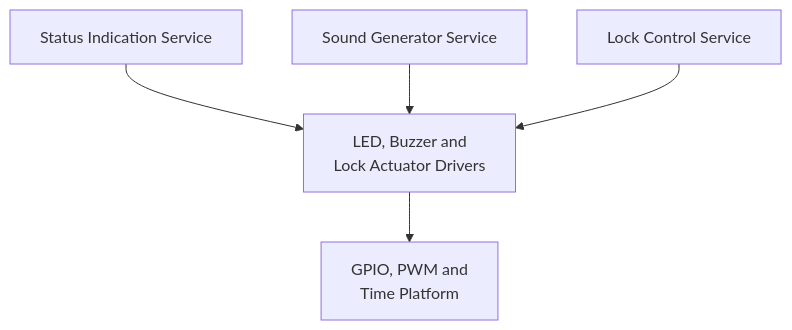
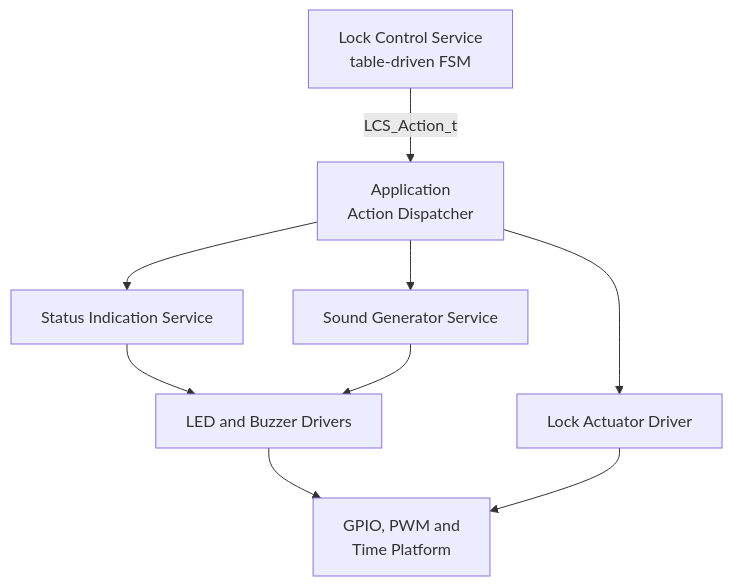
The sixth of 16 diagrams in README.md (JP-REY/STM32F103C8T6-Based-Electronic-Lock), drawn with Mermaid before and after one commit. The commit also changed other lines of this file and 8 other files, not shown here.

First line of the commit message:
feature(lock-control-service): add table-driven lock FSM service

````diff
--- a/README.md
+++ b/README.md
@@ -576,13 +576,19 @@
 ```mermaid
 flowchart TB
+    LOCK["Lock Control Service<br/>table-driven FSM"]
+    APP["Application<br/>Action Dispatcher"]
     STATUS["Status Indication Service"]
     SOUND["Sound Generator Service"]
-    LOCK["Lock Control Service"]
-    COMPONENTS["LED, Buzzer and<br/> Lock Actuator Drivers"]
+    COMPONENTS["LED and Buzzer Drivers"]
+    ACTUATOR["Lock Actuator Driver"]
     PLATFORM["GPIO, PWM and<br/> Time Platform"]
 
+    LOCK -->|"LCS_Action_t"| APP
+    APP --> STATUS
+    APP --> SOUND
+    APP --> ACTUATOR
     STATUS --> COMPONENTS
     SOUND --> COMPONENTS
-    LOCK --> COMPONENTS
     COMPONENTS --> PLATFORM
+    ACTUATOR --> PLATFORM
 ```
````
